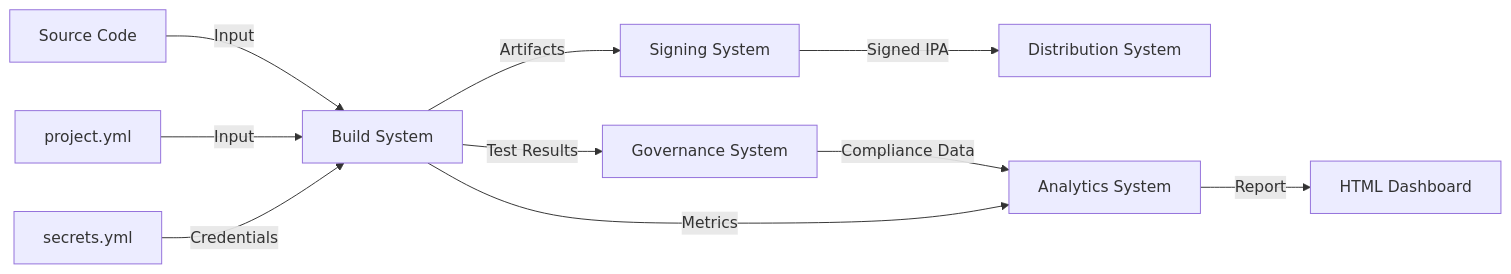
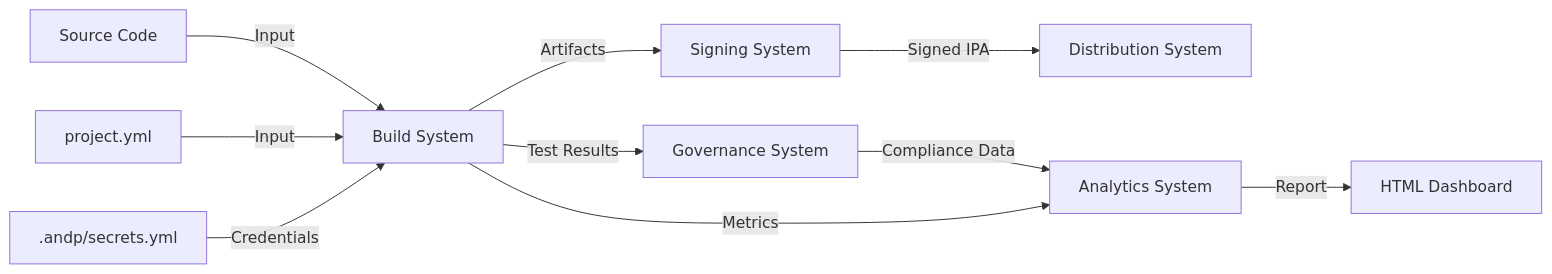
Before and after one commit to isopen-io/andp: the seventh of 7 diagrams in Documentation/Architecture/Diagrams.md, drawn with Mermaid. The commit also changed other lines of this file and 15 other files, not shown here.

````diff
--- a/Documentation/Architecture/Diagrams.md
+++ b/Documentation/Architecture/Diagrams.md
@@ -137,12 +137,12 @@
 ```mermaid
 graph LR
     Code[Source Code] -->|Input| Build[Build System]
     Config[project.yml] -->|Input| Build
-    Secrets[secrets.yml] -->|Credentials| Build
+    Secrets[.andp/secrets.yml] -->|Credentials| Build
     Build -->|Artifacts| Sign[Signing System]
     Sign -->|Signed IPA| Dist[Distribution System]
     Build -->|Test Results| Gov[Governance System]
     Gov -->|Compliance Data| Analytics[Analytics System]
     Build -->|Metrics| Analytics
     Analytics -->|Report| Dash[HTML Dashboard]
 ```
````
